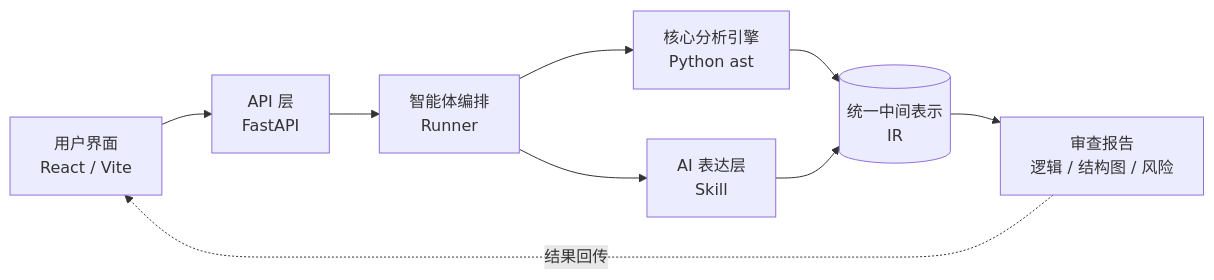
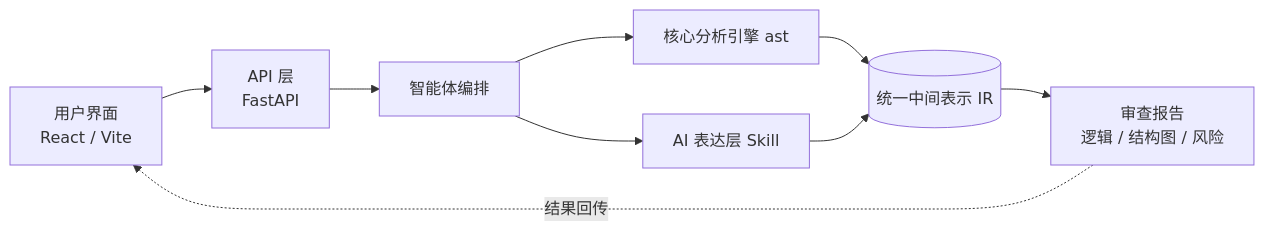
Before and after one commit to kane0204/CodeLens: the first of 2 diagrams in docs/slides/slides.md, drawn with Mermaid. The commit also changed other lines of this file and 5 other files, not shown here.

````diff
--- a/docs/slides/slides.md
+++ b/docs/slides/slides.md
@@ -72,11 +117,11 @@
 ```mermaid
 flowchart LR
     U["用户界面<br/>React / Vite"] --> API["API 层<br/>FastAPI"]
-    API --> RUN["智能体编排<br/>Runner"]
-    RUN --> CORE["核心分析引擎<br/>Python ast"]
-    RUN --> AI["AI 表达层<br/>Skill"]
-    CORE --> IR[("统一中间表示<br/>IR")]
+    API --> RUN[智能体编排]
+    RUN --> CORE[核心分析引擎 ast]
+    RUN --> AI[AI 表达层 Skill]
+    CORE --> IR[("统一中间表示 IR")]
     AI --> IR
-    IR --> OUT["审查报告<br/>逻辑 / 结构图 / 风险"]
+    IR --> OUT[审查报告<br/>逻辑 / 结构图 / 风险]
     OUT -.结果回传.-> U
 ```
````
